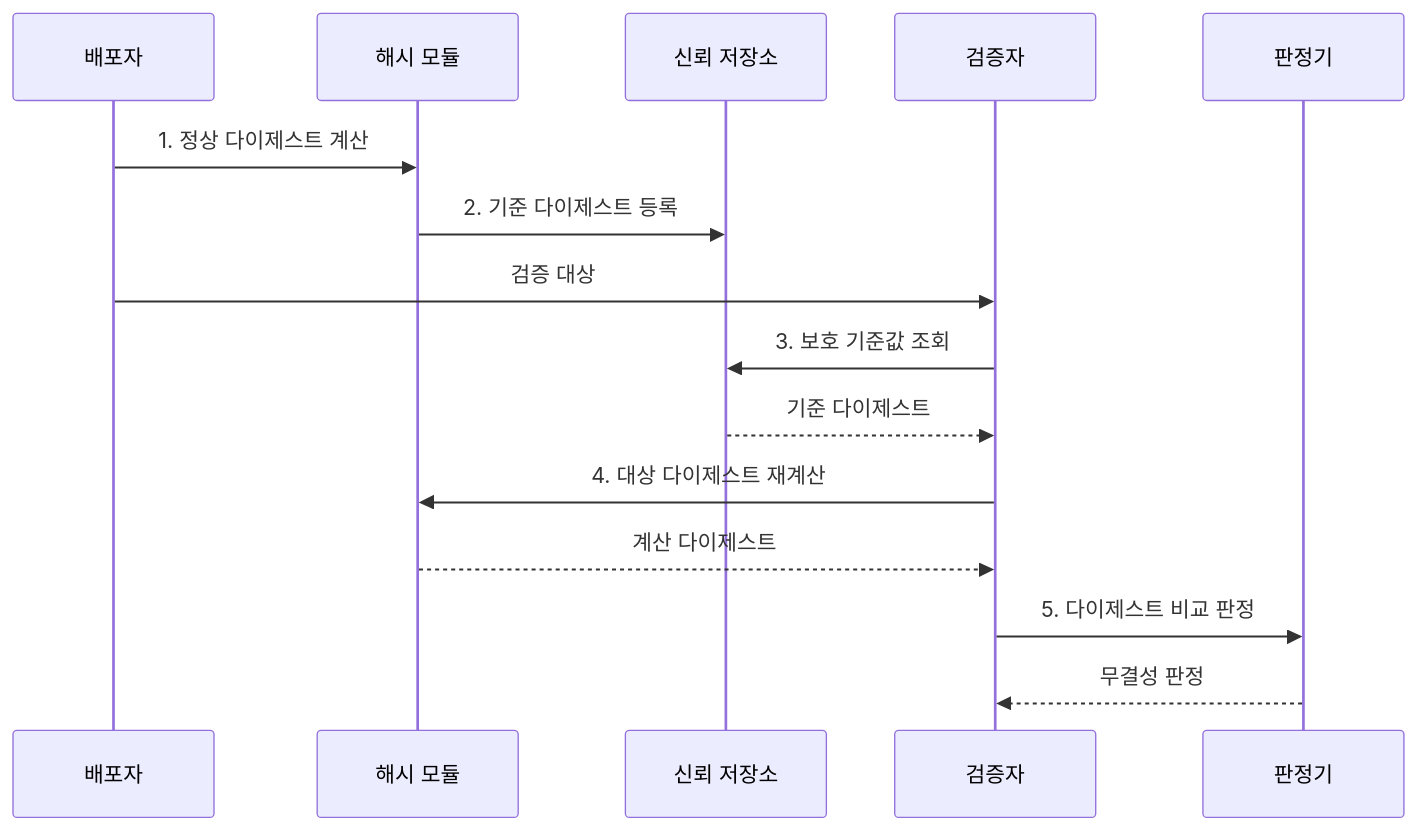
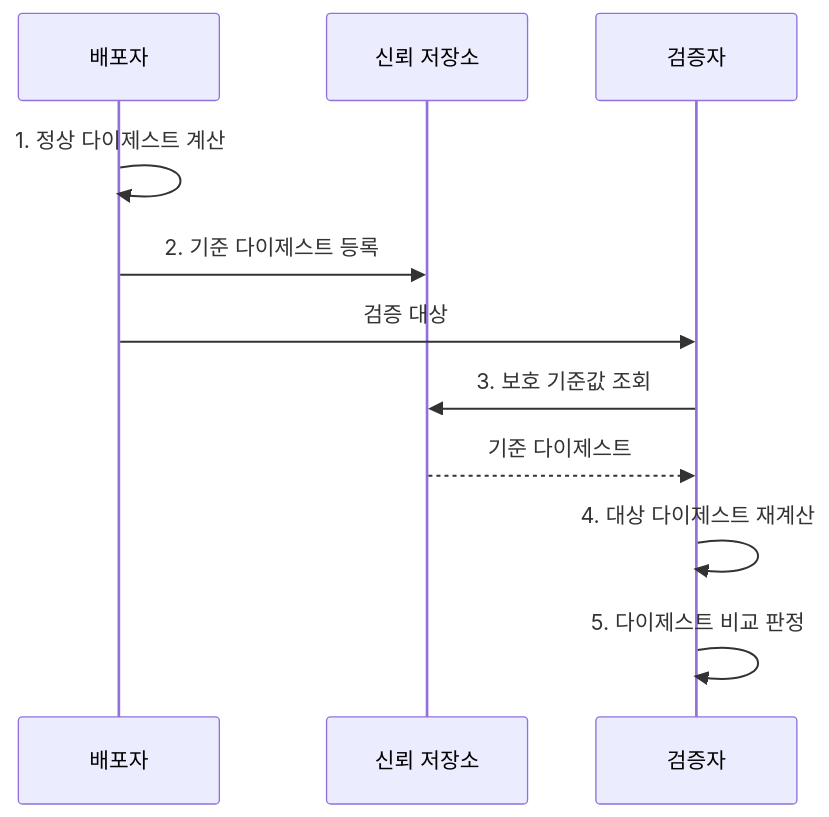
One commit to agnusdei1207/knowledge-base changed the second of 2 diagrams in src/content/docs/notes/05-security/004_hash_algorithm.md. Above: the diagram before and after it, drawn with Mermaid. The commit also changed 9 other files, not shown here.

Commit message:
Focus cryptography sequence actors

````diff
--- a/src/content/docs/notes/05-security/004_hash_algorithm.md
+++ b/src/content/docs/notes/05-security/004_hash_algorithm.md
@@ -100,17 +100,13 @@
 ```mermaid
 sequenceDiagram
     participant P as 배포자
-    participant H as 해시 모듈
     participant R as 신뢰 저장소
     participant V as 검증자
-    participant D as 판정기
-    P->>H: 1. 정상 다이제스트 계산
-    H->>R: 2. 기준 다이제스트 등록
+    P->>P: 1. 정상 다이제스트 계산
+    P->>R: 2. 기준 다이제스트 등록
     P->>V: 검증 대상
     V->>R: 3. 보호 기준값 조회
     R-->>V: 기준 다이제스트
-    V->>H: 4. 대상 다이제스트 재계산
-    H-->>V: 계산 다이제스트
-    V->>D: 5. 다이제스트 비교 판정
-    D-->>V: 무결성 판정
+    V->>V: 4. 대상 다이제스트 재계산
+    V->>V: 5. 다이제스트 비교 판정
 ```
````
